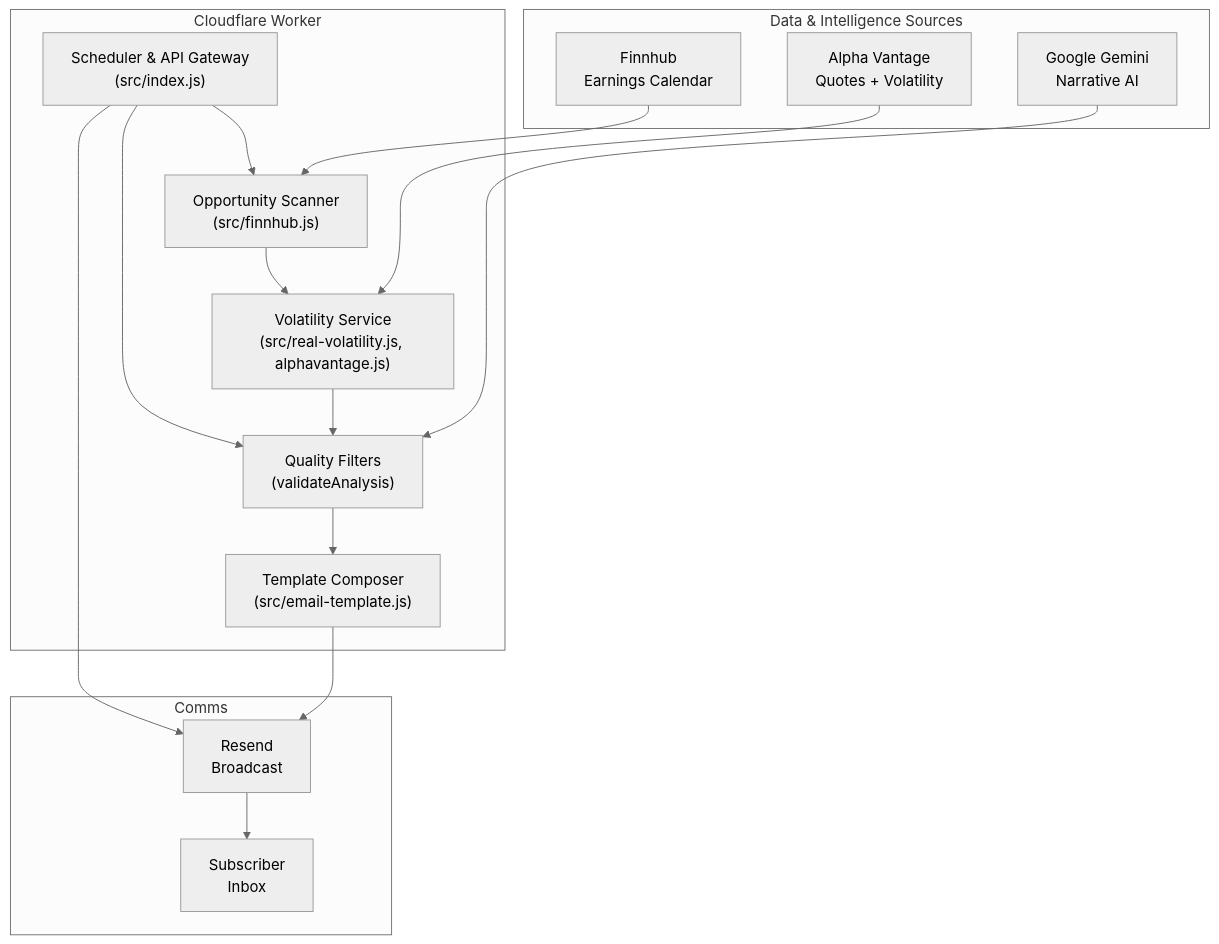
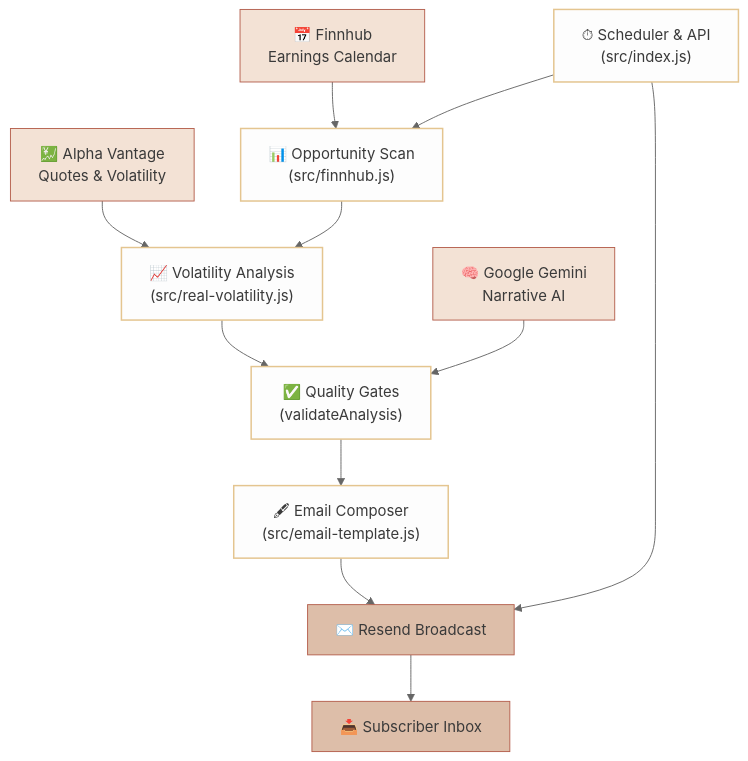
One commit to ravishan16/resend-ai-analyst changed the diagram in README.md. Above: the diagram before and after it, drawn with Mermaid (neutral theme). The commit also changed other lines of this file and 9 other files, not shown here.

Commit message:
Refactor: Unify styling, update docs and architecture diagram

````diff
--- a/README.md
+++ b/README.md
@@ -26,32 +27,26 @@
 ```mermaid
 flowchart TD
-    subgraph Data_Sources[Data & Intelligence Sources]
-        F["Finnhub\nEarnings Calendar"]
-        A["Alpha Vantage\nQuotes + Volatility"]
-        G["Google Gemini\nNarrative AI"]
-    end
+    classDef data fill:#F3E2D5,stroke:#B45F4D,stroke-width:1px,color:#3A3A3A
+    classDef worker fill:#FDFDFD,stroke:#E4C590,stroke-width:1.6px,color:#3A3A3A
+    classDef delivery fill:#DDBEA9,stroke:#B45F4D,stroke-width:1px,color:#3A3A3A
 
-    subgraph Worker[Cloudflare Worker]
-        S["Scheduler & API Gateway\n(src/index.js)"]
-        O["Opportunity Scanner\n(src/finnhub.js)"]
-        V["Volatility Service\n(src/real-volatility.js, alphavantage.js)"]
-        QA["Quality Filters\n(validateAnalysis)"]
-        T["Template Composer\n(src/email-template.js)"]
-    end
+    F["📅 Finnhub<br/>Earnings Calendar"]:::data
+    A["💹 Alpha Vantage<br/>Quotes & Volatility"]:::data
+    G["🧠 Google Gemini<br/>Narrative AI"]:::data
 
-    subgraph Delivery[Comms]
-        R["Resend\nBroadcast" ]
-        Inbox["Subscriber\nInbox"]
-    end
+    S["⏱ Scheduler & API<br/>(src/index.js)"]:::worker
+    P["📊 Opportunity Scan<br/>(src/finnhub.js)"]:::worker
+    V["📈 Volatility Analysis<br/>(src/real-volatility.js)"]:::worker
+    Q["✅ Quality Gates<br/>(validateAnalysis)"]:::worker
+    T["🖋 Email Composer<br/>(src/email-template.js)"]:::worker
 
-    F --> O
+    R["✉️ Resend Broadcast"]:::delivery
+    L["📥 Subscriber Inbox"]:::delivery
+
+    F --> P
     A --> V
-    O --> V
-    V --> QA
-    QA --> T
-    T --> R --> Inbox
-    S --> O
-    S --> QA
+    P --> V --> Q --> T --> R --> L
+    G --> Q
+    S --> P
     S --> R
-    G --> QA
 ```
````
